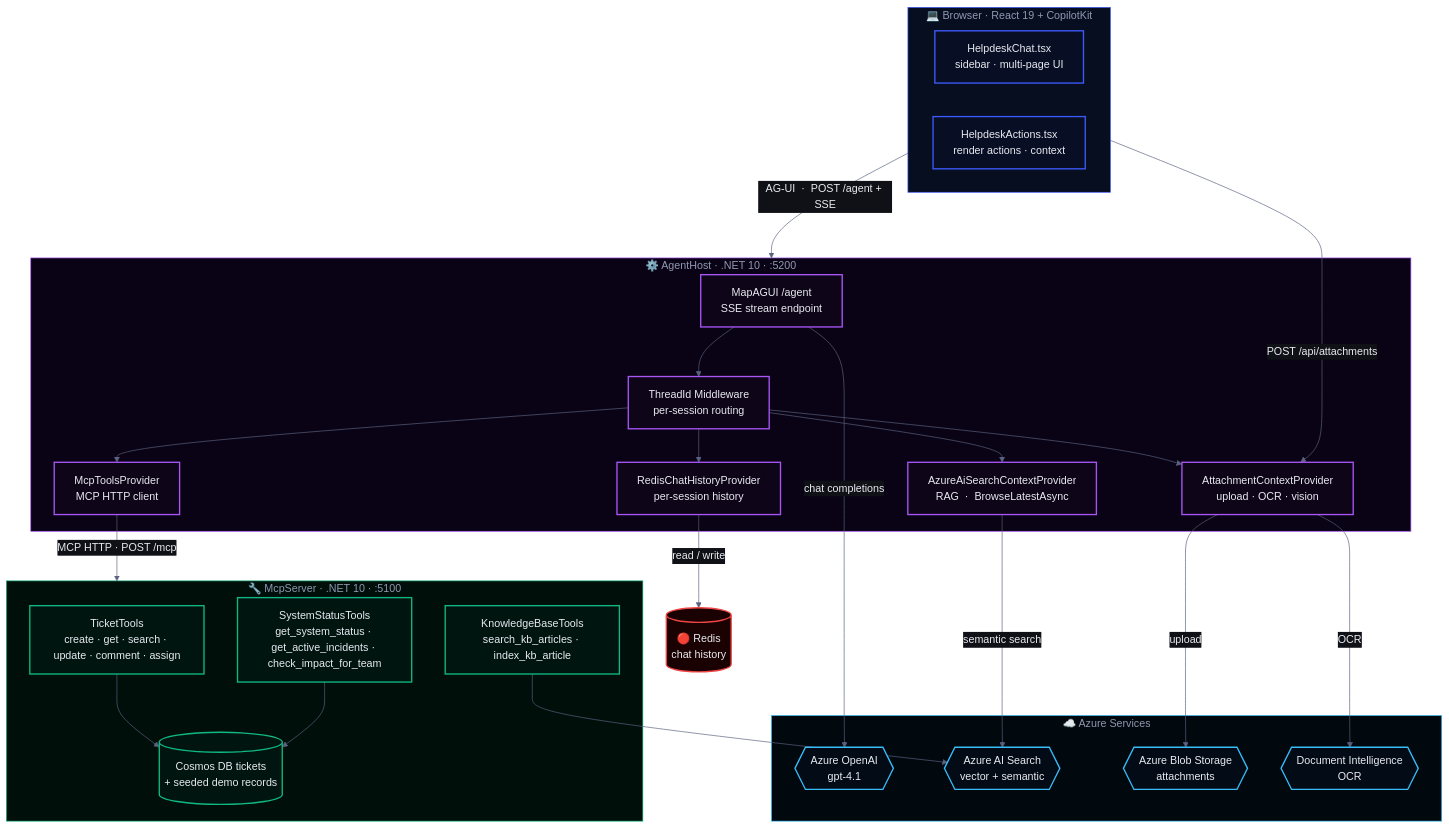
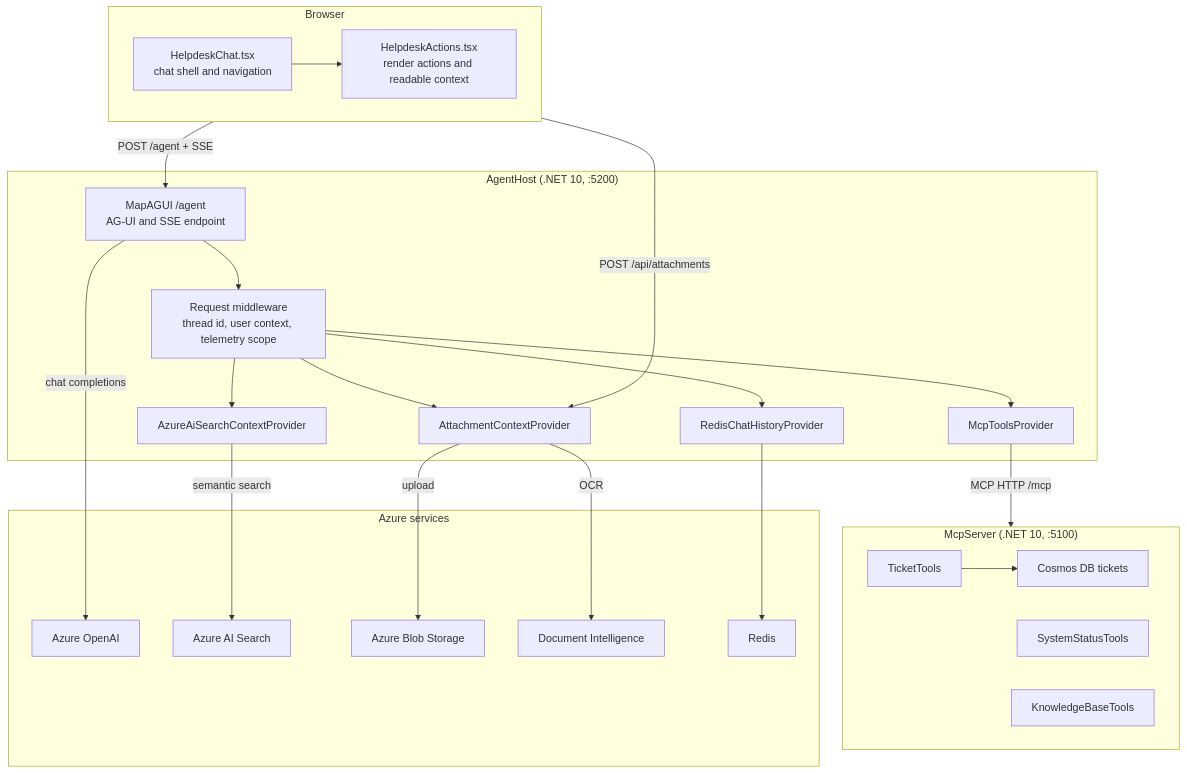
One commit to sreyanchoudhury/HelpdeskAI.CSharp changed the first of 2 diagrams in README.md. Above: the diagram before and after it, drawn with Mermaid. The commit also changed other lines of this file and 3 other files, not shown here.

Commit message:
docs: simplify mermaid diagrams for github rendering

````diff
--- a/README.md
+++ b/README.md
@@ -109,64 +109,49 @@
 ```mermaid
-%%{init: {"theme": "base", "themeVariables": {"primaryColor": "#151820", "primaryTextColor": "#e8eaf0", "primaryBorderColor": "#3d5afe", "lineColor": "#5a6280", "secondaryColor": "#0f1117", "tertiaryColor": "#0a0b0f", "clusterBkg": "#0f1117", "titleColor": "#9098b0", "edgeLabelBackground": "#0f1117", "fontFamily": "system-ui, -apple-system, sans-serif"}}}%%
 flowchart TD
-    classDef fe     fill:#080f24,stroke:#3d5afe,color:#e8eaf0,stroke-width:2px
-    classDef agent  fill:#0e0518,stroke:#a855f7,color:#e8eaf0,stroke-width:2px
-    classDef mcp    fill:#011510,stroke:#10b981,color:#e8eaf0,stroke-width:2px
-    classDef azure  fill:#020b16,stroke:#38bdf8,color:#e8eaf0,stroke-width:2px
-    classDef redis  fill:#1a0202,stroke:#ef4444,color:#e8eaf0,stroke-width:2px
-
-    subgraph BROWSER["💻  Browser  ·  React 19 + CopilotKit"]
-        FE1["HelpdeskChat.tsx<br/>sidebar · multi-page UI"]:::fe
-        FE2["HelpdeskActions.tsx<br/>render actions · context"]:::fe
+    subgraph Browser["Browser"]
+        FE1["HelpdeskChat.tsx<br/>chat shell and navigation"]
+        FE2["HelpdeskActions.tsx<br/>render actions and readable context"]
     end
 
-    subgraph AGENTHOST["⚙️  AgentHost  ·  .NET 10  ·  :5200"]
-        AH1["MapAGUI /agent<br/>SSE stream endpoint"]:::agent
-        AH2["ThreadId Middleware<br/>per-session routing"]:::agent
-        AH3["AttachmentContextProvider<br/>upload  ·  OCR  ·  vision"]:::agent
-        AH4["AzureAiSearchContextProvider<br/>RAG  ·  BrowseLatestAsync"]:::agent
-        AH5["McpToolsProvider<br/>MCP HTTP client"]:::agent
-        AH6["RedisChatHistoryProvider<br/>per-session history"]:::agent
+    subgraph AgentHost["AgentHost (.NET 10, :5200)"]
+        AH1["MapAGUI /agent<br/>AG-UI and SSE endpoint"]
+        AH2["Request middleware<br/>thread id, user context, telemetry scope"]
+        AH3["AttachmentContextProvider"]
+        AH4["AzureAiSearchContextProvider"]
+        AH5["McpToolsProvider"]
+        AH6["RedisChatHistoryProvider"]
     end
 
-    subgraph MCPSERVER["🔧  McpServer  ·  .NET 10  ·  :5100"]
-        MS1["TicketTools<br/>create · get · search · update · comment · assign"]:::mcp
-        MS2["SystemStatusTools<br/>get_system_status · get_active_incidents · check_impact_for_team"]:::mcp
-        MS3[("Cosmos DB tickets<br/>+ seeded demo records")]:::mcp
-        MS4["KnowledgeBaseTools<br/>search_kb_articles · index_kb_article"]:::mcp
+    subgraph McpServer["McpServer (.NET 10, :5100)"]
+        MS1["TicketTools"]
+        MS2["SystemStatusTools"]
+        MS3["KnowledgeBaseTools"]
+        COSMOS["Cosmos DB tickets"]
     end
 
-    subgraph AZURE["☁️  Azure Services"]
-        AOA{{"Azure OpenAI<br/>gpt-4.1"}}:::azure
-        AIS{{"Azure AI Search<br/>vector + semantic"}}:::azure
-        ABS{{"Azure Blob Storage<br/>attachments"}}:::azure
-        ADI{{"Document Intelligence<br/>OCR"}}:::azure
+    subgraph Azure["Azure services"]
+        AOA["Azure OpenAI"]
+        AIS["Azure AI Search"]
+        ABS["Azure Blob Storage"]
+        ADI["Document Intelligence"]
+        REDIS["Redis"]
     end
 
-    REDIS[("🔴  Redis<br/>chat history")]:::redis
-
-    style BROWSER   fill:#060e20,stroke:#3d5afe,color:#9098b0
-    style AGENTHOST fill:#0a0315,stroke:#a855f7,color:#9098b0
-    style MCPSERVER fill:#010f0a,stroke:#10b981,color:#9098b0
-    style AZURE     fill:#01080e,stroke:#38bdf8,color:#9098b0
-
-    BROWSER -- "AG-UI  ·  POST /agent + SSE" --> AGENTHOST
-    BROWSER -- "POST /api/attachments" --> AH3
+    FE1 --> FE2
+    Browser -->|POST /agent + SSE| AH1
+    Browser -->|POST /api/attachments| AH3
 
     AH1 --> AH2
     AH2 --> AH3
     AH2 --> AH4
     AH2 --> AH5
     AH2 --> AH6
 
-    AH5 -- "MCP HTTP  ·  POST /mcp" --> MCPSERVER
-    MS1 --> MS3
-    MS2 --> MS3
-    MS4 --> AIS
-
-    AH1 -- "chat completions" --> AOA
-    AH4 -- "semantic search"  --> AIS
-    AH3 -- "upload"           --> ABS
-    AH3 -- "OCR"              --> ADI
-    AH6 -- "read / write"     --> REDIS
+    AH5 -->|MCP HTTP /mcp| McpServer
+    MS1 --> COSMOS
+    AH1 -->|chat completions| AOA
+    AH4 -->|semantic search| AIS
+    AH3 -->|upload| ABS
+    AH3 -->|OCR| ADI
+    AH6 --> REDIS
 ```
````
